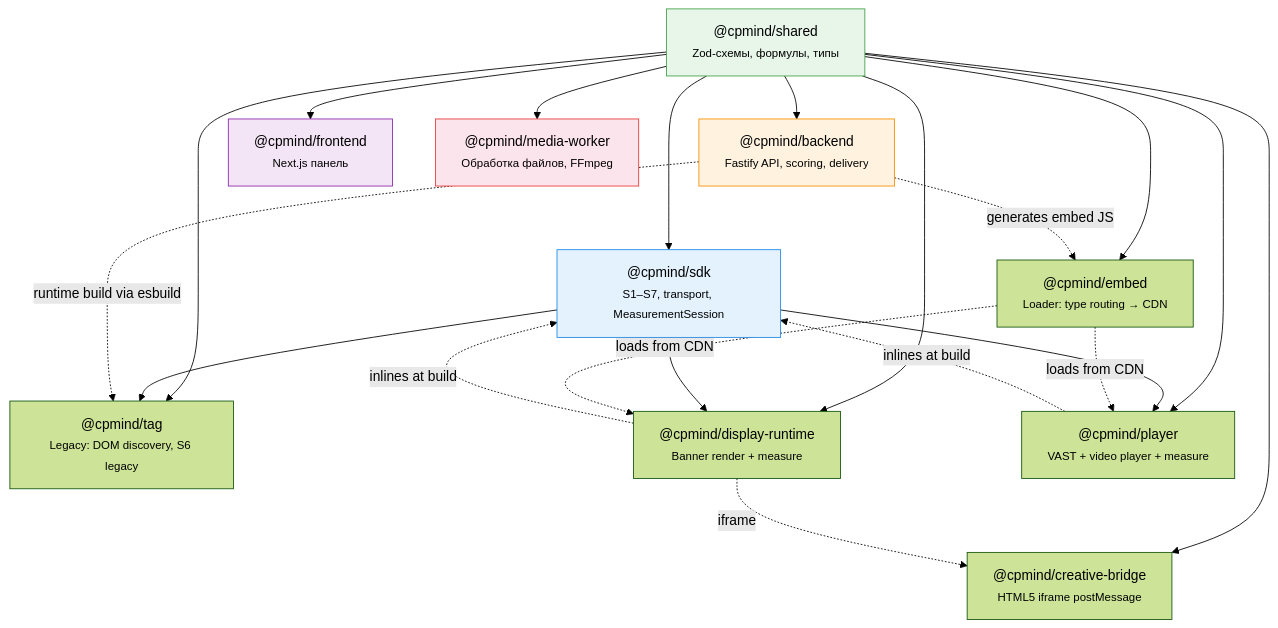
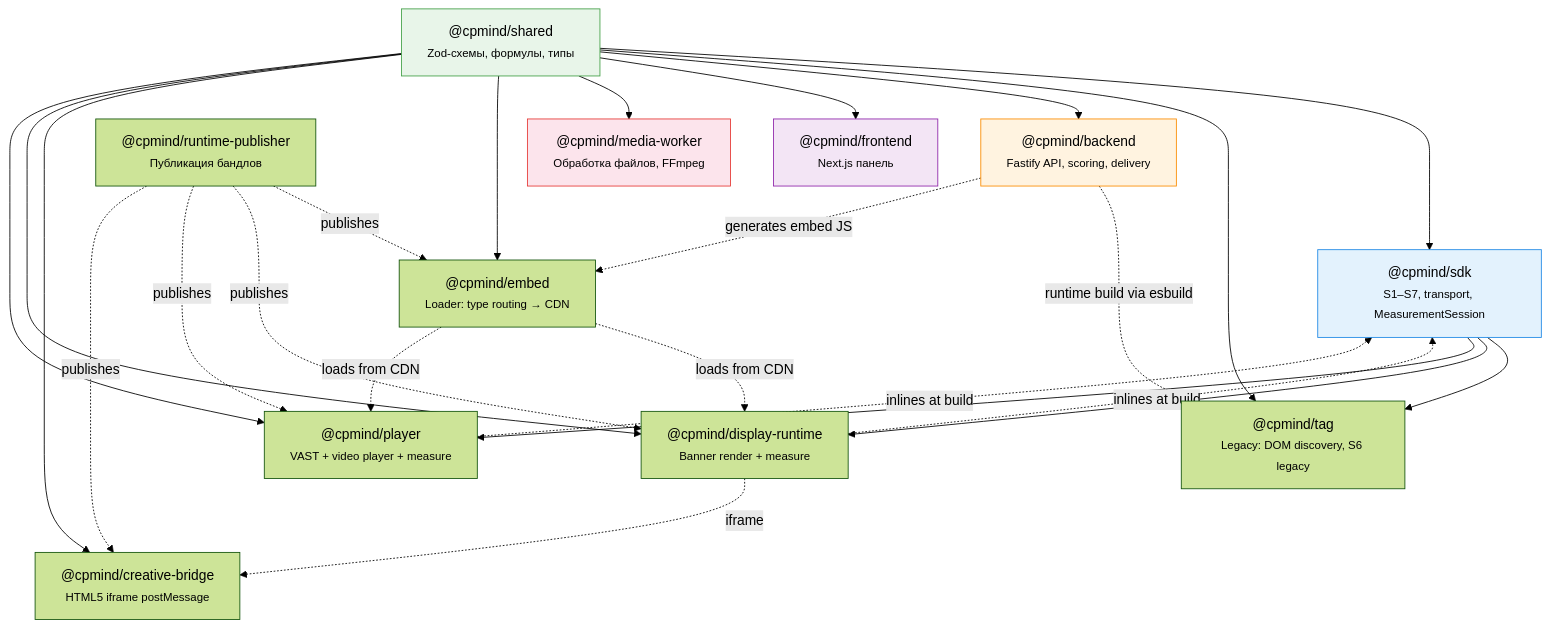
One commit to StepanCyberPsy/CPMind-core changed the first of 13 diagrams in docs/ARCHITECTURE.md. Above: the diagram before and after it, drawn with Mermaid (forest theme). The commit also changed other lines of this file and 11 other files, not shown here.

````diff
--- a/docs/ARCHITECTURE.md
+++ b/docs/ARCHITECTURE.md
@@ -52,42 +52,47 @@
 ```mermaid
 graph TD
     shared["@cpmind/shared<br/><small>Zod-схемы, формулы, типы</small>"]
     sdk["@cpmind/sdk<br/><small>S1–S7, transport, MeasurementSession</small>"]
     tag["@cpmind/tag<br/><small>Legacy: DOM discovery, S6 legacy</small>"]
     display["@cpmind/display-runtime<br/><small>Banner render + measure</small>"]
     player["@cpmind/player<br/><small>VAST + video player + measure</small>"]
     embed["@cpmind/embed<br/><small>Loader: type routing → CDN</small>"]
     bridge["@cpmind/creative-bridge<br/><small>HTML5 iframe postMessage</small>"]
     backend["@cpmind/backend<br/><small>Fastify API, scoring, delivery</small>"]
     frontend["@cpmind/frontend<br/><small>Next.js панель</small>"]
     worker["@cpmind/media-worker<br/><small>Обработка файлов, FFmpeg</small>"]
+    publisher["@cpmind/runtime-publisher<br/><small>Публикация бандлов</small>"]
 
     shared --> sdk
     shared --> tag
     shared --> backend
     shared --> frontend
     shared --> worker
     shared --> embed
     shared --> bridge
     shared --> display
     shared --> player
 
     sdk --> tag
     sdk --> display
     sdk --> player
 
     display -.->|"inlines at build"| sdk
     player -.->|"inlines at build"| sdk
     embed -.->|"loads from CDN"| display
     embed -.->|"loads from CDN"| player
     display -.->|"iframe"| bridge
 
     backend -.->|"runtime build via esbuild"| tag
     backend -.->|"generates embed JS"| embed
+    publisher -.->|"publishes"| embed
+    publisher -.->|"publishes"| display
+    publisher -.->|"publishes"| player
+    publisher -.->|"publishes"| bridge
 
     style shared fill:#e8f5e9,stroke:#43a047
     style sdk fill:#e3f2fd,stroke:#1e88e5
     style backend fill:#fff3e0,stroke:#fb8c00
     style worker fill:#fce4ec,stroke:#e53935
     style frontend fill:#f3e5f5,stroke:#8e24aa
 ```
````
